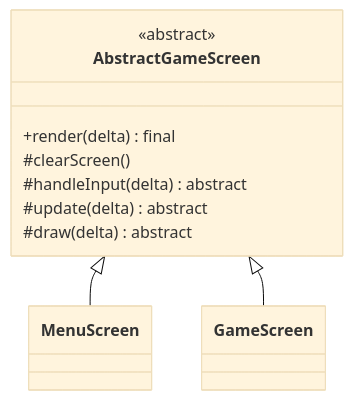
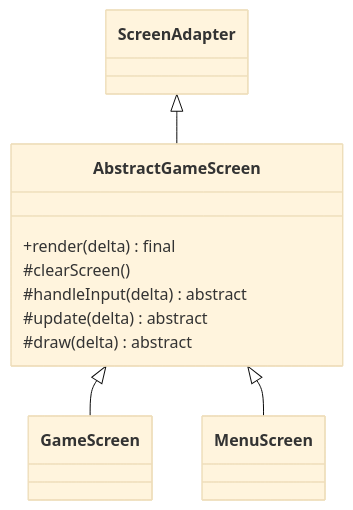
Before and after one commit to L3v1smpr/GameProject: the third of 4 diagrams in REPORTE_PROYECTO.md, drawn with Mermaid (base theme). The commit also changed other lines of this file and 1 other file, not shown here.

````diff
--- a/REPORTE_PROYECTO.md
+++ b/REPORTE_PROYECTO.md
@@ -200,15 +129,16 @@
 ```mermaid
 classDiagram
+    class ScreenAdapter
     class AbstractGameScreen {
-        <<abstract>>
         +render(delta) final
         #clearScreen()
         #handleInput(delta) abstract
         #update(delta) abstract
         #draw(delta) abstract
     }
+    class GameScreen
     class MenuScreen
-    class GameScreen
+    ScreenAdapter <|-- AbstractGameScreen
+    AbstractGameScreen <|-- GameScreen
     AbstractGameScreen <|-- MenuScreen
-    AbstractGameScreen <|-- GameScreen
 ```
````
